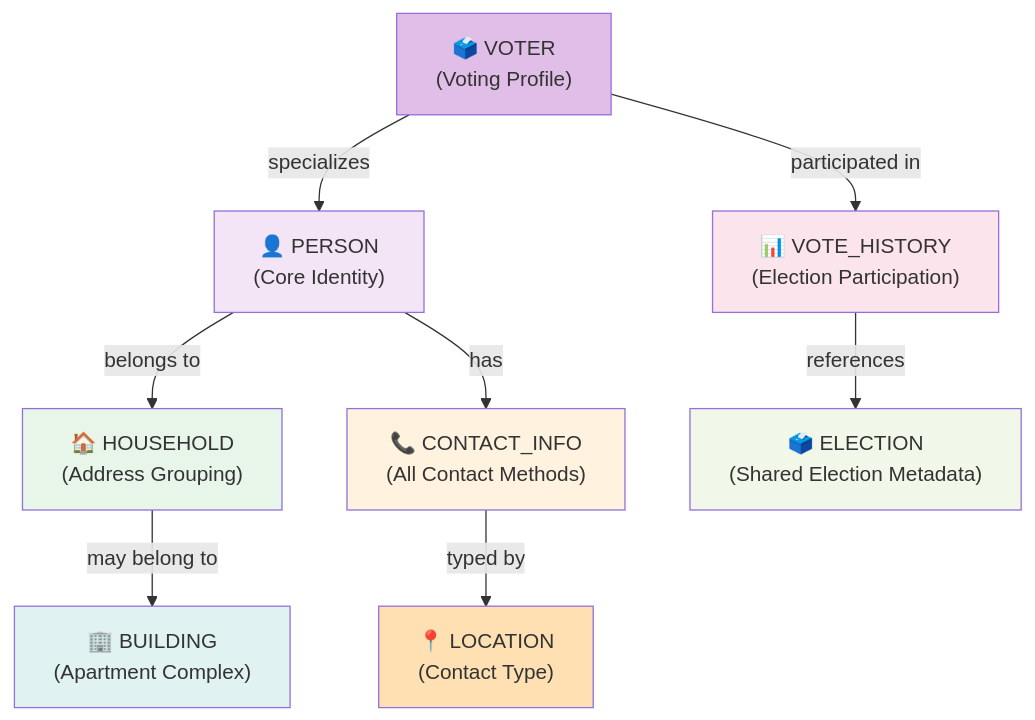
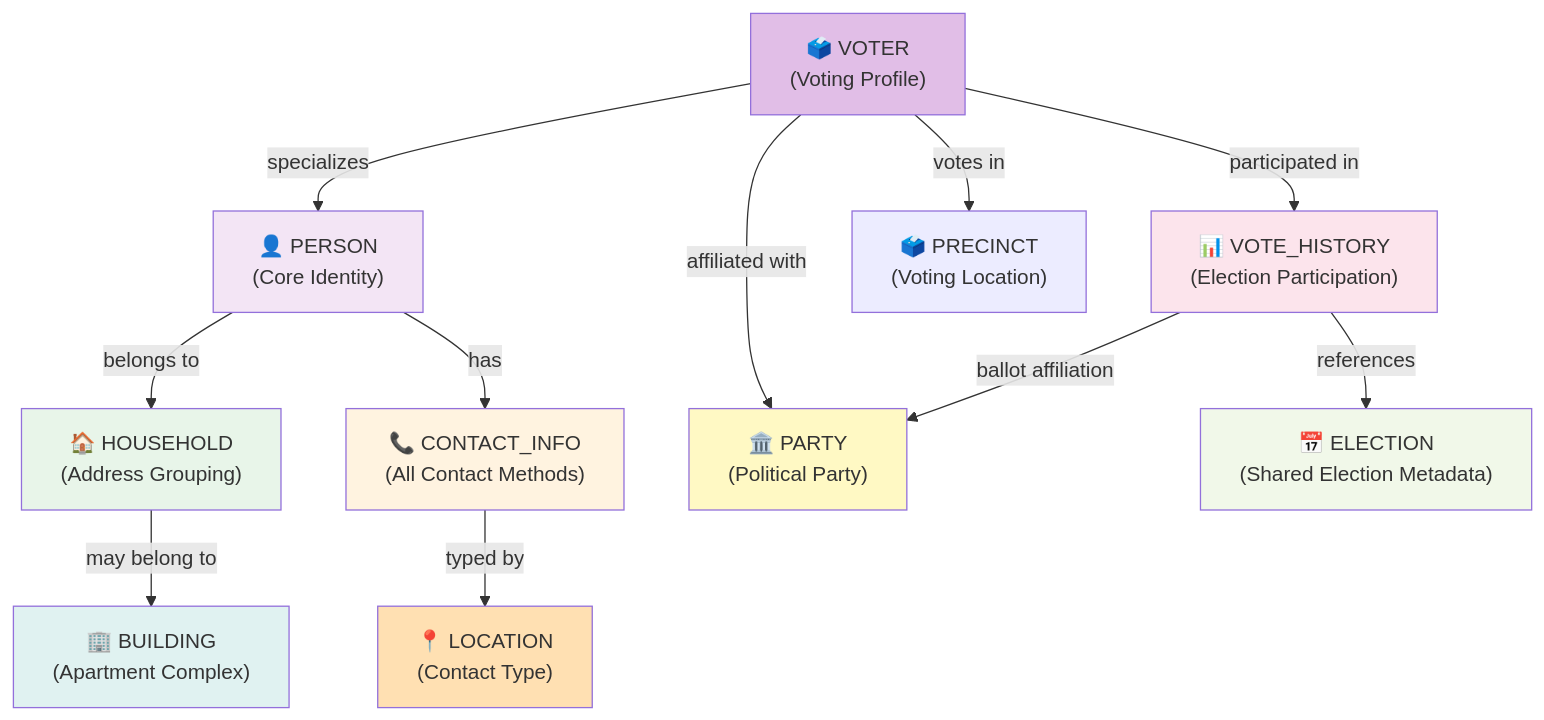
The diagram in VOTER_FILE_ARCHITECTURE.md (Spinnernicholas/cocoa-canvas), drawn with Mermaid before and after one commit. The commit also changed other lines of this file and 14 other files, not shown here.

````diff
--- a/VOTER_FILE_ARCHITECTURE.md
+++ b/VOTER_FILE_ARCHITECTURE.md
@@ -15,28 +15,34 @@
 ```mermaid
 graph TD
     P["👤 PERSON<br/>(Core Identity)"]
     V["🗳️ VOTER<br/>(Voting Profile)"]
+    PA["🏛️ PARTY<br/>(Political Party)"]
+    PR["🗳️ PRECINCT<br/>(Voting Location)"]
     H["🏠 HOUSEHOLD<br/>(Address Grouping)"]
     B["🏢 BUILDING<br/>(Apartment Complex)"]
     C["📞 CONTACT_INFO<br/>(All Contact Methods)"]
     L["📍 LOCATION<br/>(Contact Type)"]
-    E["🗳️ ELECTION<br/>(Shared Election Metadata)"]
+    E["📅 ELECTION<br/>(Shared Election Metadata)"]
     VH["📊 VOTE_HISTORY<br/>(Election Participation)"]
     
     V -->|specializes| P
+    V -->|affiliated with| PA
+    V -->|votes in| PR
+    VH -->|ballot affiliation| PA
     P -->|belongs to| H
     H -->|may belong to| B
     P -->|has| C
     C -->|typed by| L
     V -->|participated in| VH
     VH -->|references| E
     
     style P fill:#f3e5f5
     style V fill:#e1bee7
+    style PA fill:#fff9c4
     style H fill:#e8f5e9
     style B fill:#e0f2f1
     style C fill:#fff3e0
     style L fill:#ffe0b2
     style VH fill:#fce4ec
     style E fill:#f1f8e9
 ```
````
